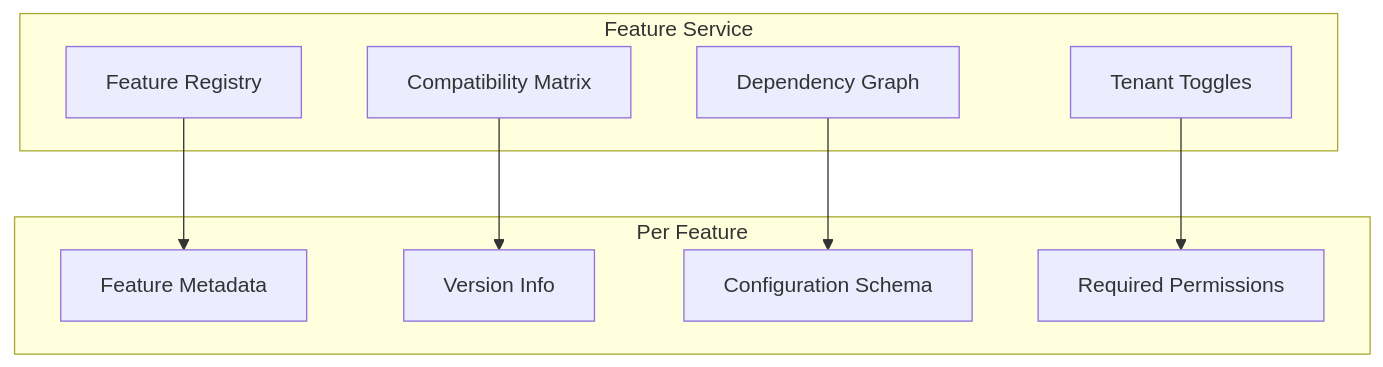
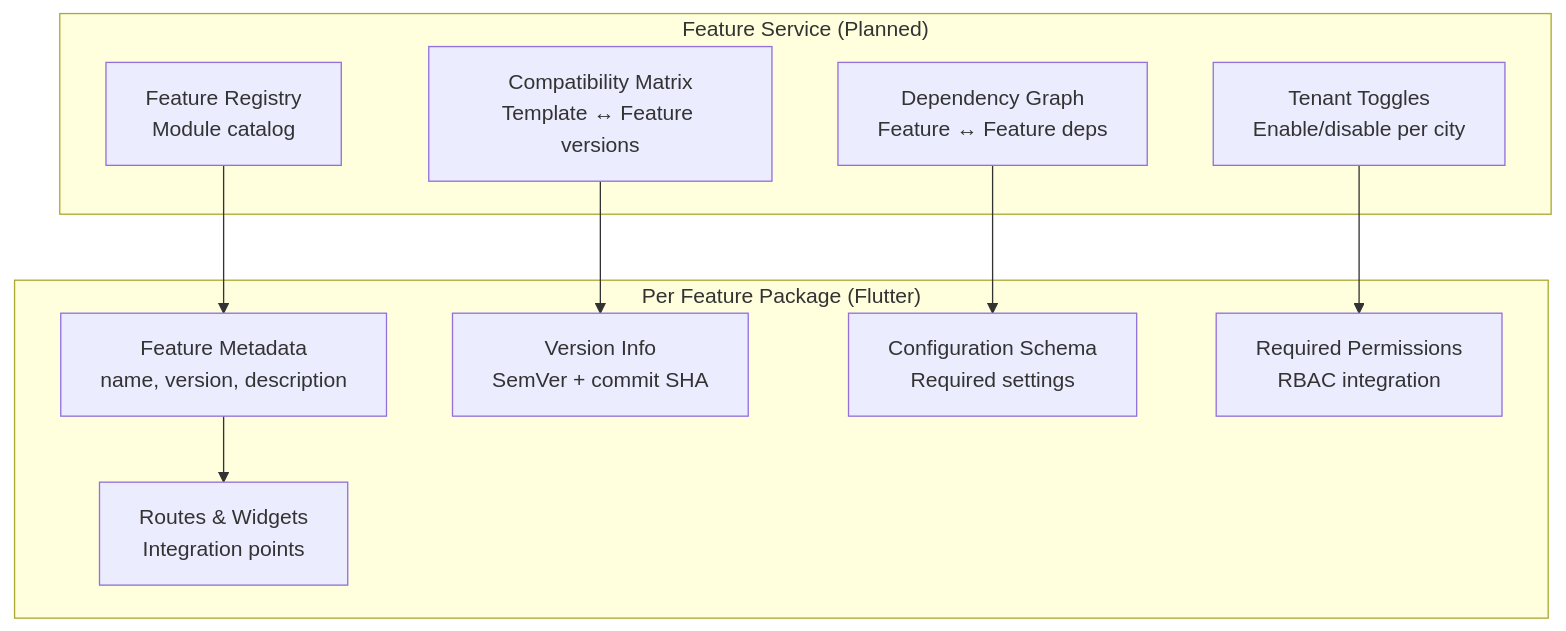
Diagram 23 of 26 in docs/planned/architecture.md (The-Heidi-Suite/heidi.microservices), drawn with Mermaid before and after one commit. The commit also changed other lines of this file and 1 other file, not shown here.

````diff
--- a/docs/planned/architecture.md
+++ b/docs/planned/architecture.md
@@ -2661,21 +2710,23 @@
 ```mermaid
 graph TB
-    subgraph "Feature Service"
-        Registry[Feature Registry]
-        Compatibility[Compatibility Matrix]
-        Dependencies[Dependency Graph]
-        Toggles[Tenant Toggles]
+    subgraph "Feature Service (Planned)"
+        Registry[Feature Registry<br/>Module catalog]
+        Compatibility[Compatibility Matrix<br/>Template ↔ Feature versions]
+        Dependencies[Dependency Graph<br/>Feature ↔ Feature deps]
+        Toggles[Tenant Toggles<br/>Enable/disable per city]
     end
 
-    subgraph "Per Feature"
-        Metadata[Feature Metadata]
-        Version[Version Info]
-        Config[Configuration Schema]
-        Permissions[Required Permissions]
+    subgraph "Per Feature Package (Flutter)"
+        Metadata[Feature Metadata<br/>name, version, description]
+        Version[Version Info<br/>SemVer + commit SHA]
+        Config[Configuration Schema<br/>Required settings]
+        Permissions[Required Permissions<br/>RBAC integration]
+        Routes[Routes & Widgets<br/>Integration points]
     end
 
     Registry --> Metadata
     Compatibility --> Version
     Dependencies --> Config
     Toggles --> Permissions
+    Metadata --> Routes
 ```
````
